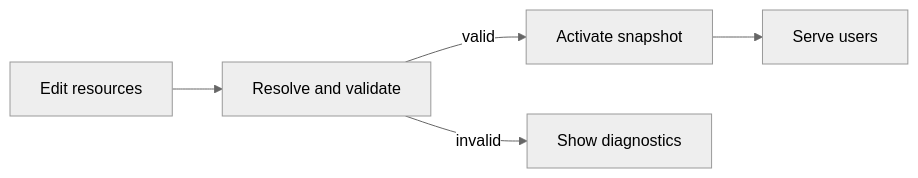
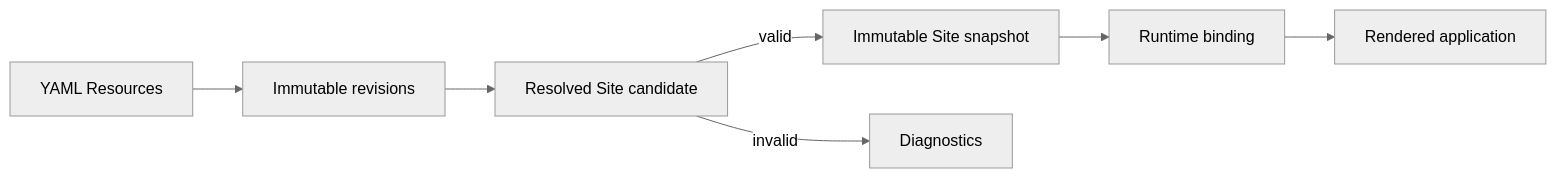
The first of 3 diagrams in content/versions/v0/manuals/how-taskmigo-works.mdx (taskmigo/docs), drawn with Mermaid (neutral theme) before and after one commit. The commit also changed other lines of this file and 25 other files, not shown here.

````diff
--- a/content/versions/v0/manuals/how-taskmigo-works.mdx
+++ b/content/versions/v0/manuals/how-taskmigo-works.mdx
@@ -8,7 +8,9 @@
 ```mermaid
 flowchart LR
-  author["Edit resources"] --> validate["Resolve and validate"]
-  validate -->|valid| snapshot["Activate snapshot"]
-  validate -->|invalid| diagnostics["Show diagnostics"]
-  snapshot --> user["Serve users"]
+  source["YAML Resources"] --> revision["Immutable revisions"]
+  revision --> candidate["Resolved Site candidate"]
+  candidate -->|"valid"| snapshot["Immutable Site snapshot"]
+  candidate -->|"invalid"| diagnostics["Diagnostics"]
+  snapshot --> binding["Runtime binding"]
+  binding --> ui["Rendered application"]
 ```
````
